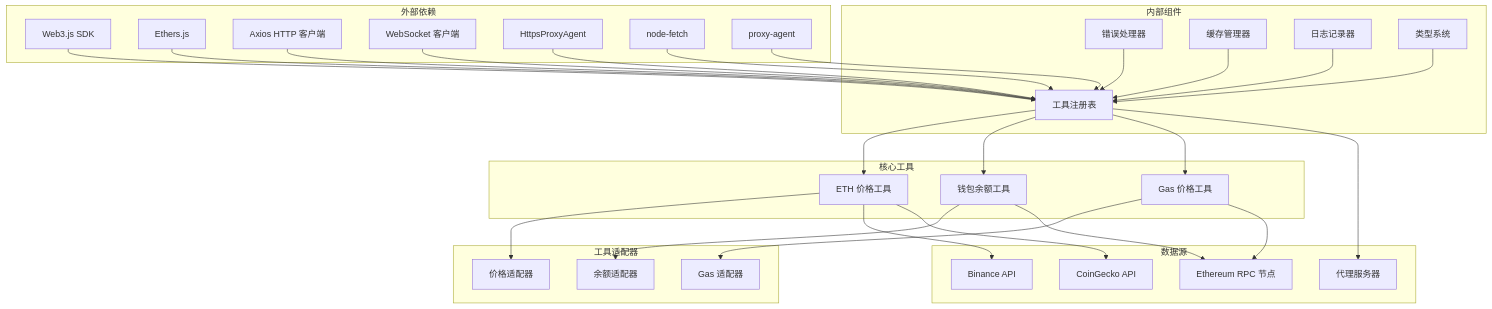
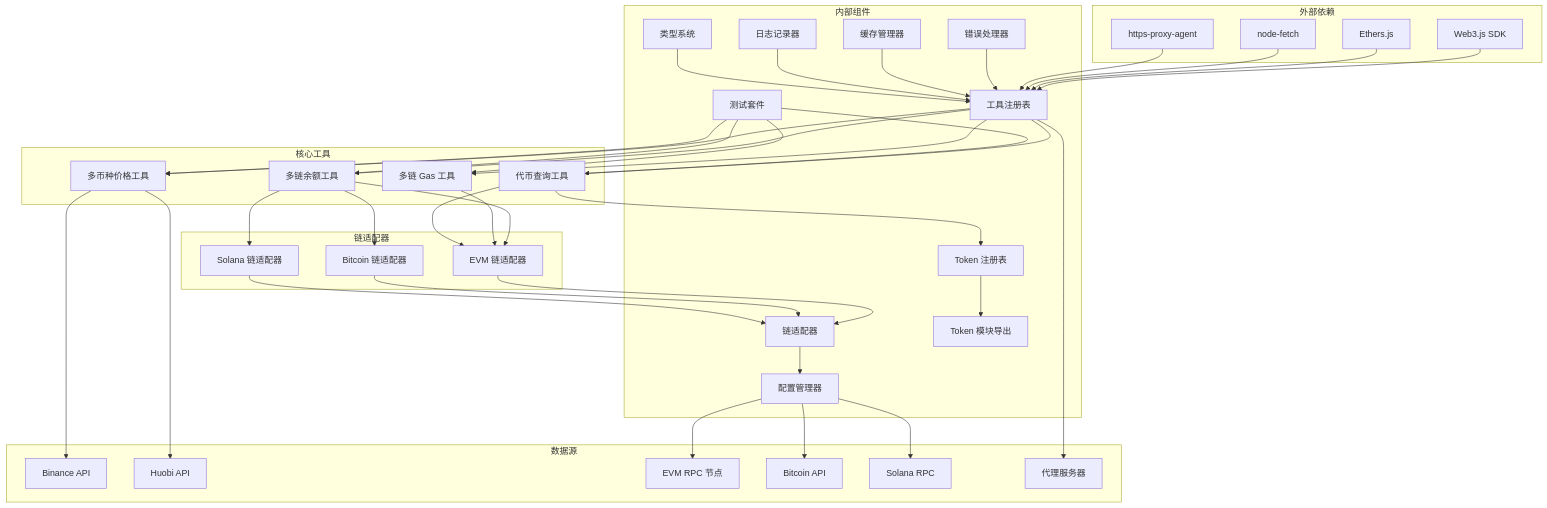
One commit to CryptoLinxu/Web3-AI-Agent changed diagram 12 of 12 in .qoder/repowiki/zh/content/Web3工具集成/核心Web3工具实现/核心Web3工具实现.md. Above: the diagram before and after it, drawn with Mermaid. The commit also changed other lines of this file and 9 other files, not shown here.

````diff
--- a/.qoder/repowiki/zh/content/Web3工具集成/核心Web3工具实现/核心Web3工具实现.md
+++ b/.qoder/repowiki/zh/content/Web3工具集成/核心Web3工具实现/核心Web3工具实现.md
@@ -333,57 +678,73 @@
 ```mermaid
 graph TB
 subgraph "外部依赖"
 Web3SDK[Web3.js SDK]
 Ethers[Ethers.js]
-Axios[Axios HTTP 客户端]
-WebSocket[WebSocket 客户端]
-HttpsProxyAgent[HttpsProxyAgent]
 NodeFetch[node-fetch]
-ProxyAgent[proxy-agent]
+HttpsProxyAgent[https-proxy-agent]
 end
 subgraph "内部组件"
 ToolRegistry[工具注册表]
 ErrorHandler[错误处理器]
 CacheManager[缓存管理器]
 Logger[日志记录器]
 TypeSystem[类型系统]
+TestSuite[测试套件]
+ChainAdapter[链适配器]
+ConfigManager[配置管理器]
+TokenRegistry[Token 注册表]
+TokenIndex[Token 模块导出]
 end
 subgraph "核心工具"
-ETHPrice[ETH 价格工具]
-WalletBalance[钱包余额工具]
-GasPrice[Gas 价格工具]
+MultiPrice[多币种价格工具]
+MultiBalance[多链余额工具]
+MultiGas[多链 Gas 工具]
+TokenQuery[代币查询工具]
 end
-subgraph "工具适配器"
-PriceAdapter[价格适配器]
-BalanceAdapter[余额适配器]
-GasAdapter[Gas 适配器]
+subgraph "链适配器"
+EVMAdapter[EVM 链适配器]
+BitcoinAdapter[Bitcoin 链适配器]
+SolanaAdapter[Solana 链适配器]
 end
 subgraph "数据源"
 BinanceAPI[Binance API]
-CoinGeckoAPI[CoinGecko API]
-RPCNode[Ethereum RPC 节点]
+HuobiAPI[Huobi API]
+RPCNode[EVM RPC 节点]
+BitcoinAPI[Bitcoin API]
+SolanaRPC[Solana RPC]
 ProxyServer[代理服务器]
 end
 Web3SDK --> ToolRegistry
 Ethers --> ToolRegistry
-Axios --> ToolRegistry
-WebSocket --> ToolRegistry
+NodeFetch --> ToolRegistry
 HttpsProxyAgent --> ToolRegistry
-NodeFetch --> ToolRegistry
-ProxyAgent --> ToolRegistry
-ToolRegistry --> ETHPrice
-ToolRegistry --> WalletBalance
-ToolRegistry --> GasPrice
-ETHPrice --> PriceAdapter
-WalletBalance --> BalanceAdapter
-GasPrice --> GasAdapter
-ETHPrice --> BinanceAPI
-ETHPrice --> CoinGeckoAPI
-WalletBalance --> RPCNode
-GasPrice --> RPCNode
+ToolRegistry --> MultiPrice
+ToolRegistry --> MultiBalance
+ToolRegistry --> MultiGas
+ToolRegistry --> TokenQuery
+MultiPrice --> BinanceAPI
+MultiPrice --> HuobiAPI
+MultiBalance --> EVMAdapter
+MultiBalance --> BitcoinAdapter
+MultiBalance --> SolanaAdapter
+MultiGas --> EVMAdapter
+TokenQuery --> TokenRegistry
+TokenQuery --> EVMAdapter
+EVMAdapter --> ChainAdapter
+BitcoinAdapter --> ChainAdapter
+SolanaAdapter --> ChainAdapter
+ChainAdapter --> ConfigManager
+TokenRegistry --> TokenIndex
+ConfigManager --> RPCNode
+ConfigManager --> BitcoinAPI
+ConfigManager --> SolanaRPC
 ToolRegistry --> ProxyServer
+TestSuite --> MultiPrice
+TestSuite --> MultiBalance
+TestSuite --> MultiGas
+TestSuite --> TokenQuery
 ErrorHandler --> ToolRegistry
 CacheManager --> ToolRegistry
 Logger --> ToolRegistry
 TypeSystem --> ToolRegistry
 ```
````
